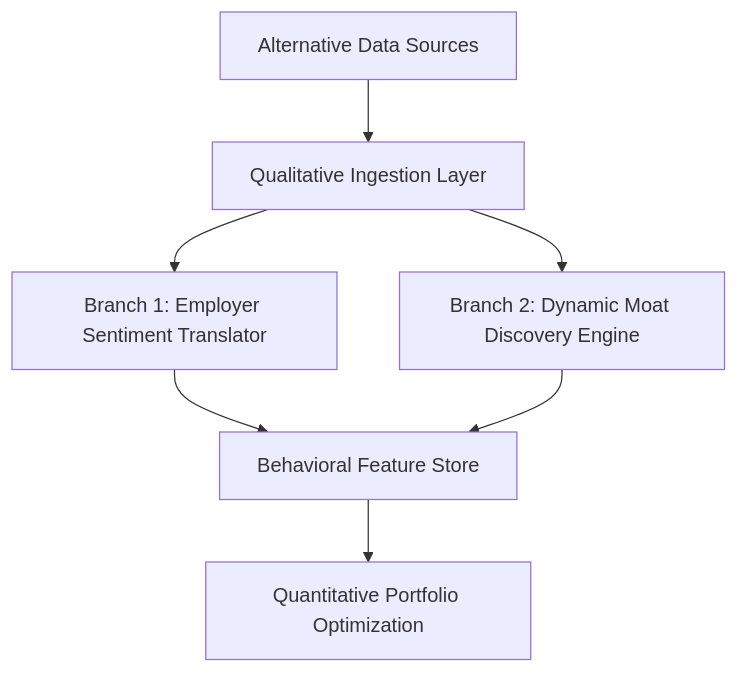
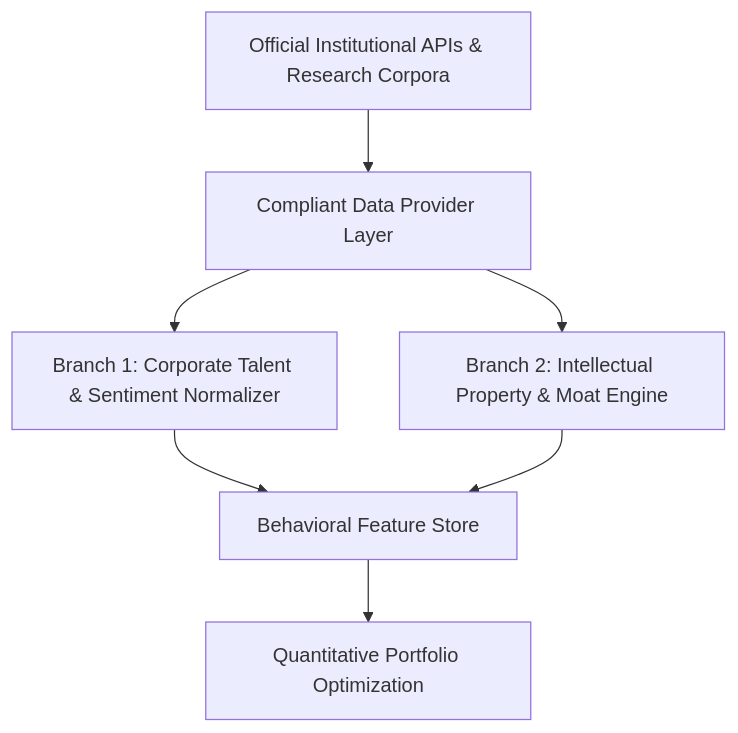
Before and after one commit to Valrivn/Quant: the diagram in Qualitative/Qualitative Blueprint.md, drawn with Mermaid. The commit also changed other lines of this file and 422 other files, not shown here.

````diff
--- a/Qualitative/Qualitative Blueprint.md
+++ b/Qualitative/Qualitative Blueprint.md
@@ -15,9 +23,9 @@
 ```mermaid
 graph TD
-    A[Alternative Data Sources] --> B[Qualitative Ingestion Layer]
-    B --> C[Branch 1: Employer Sentiment Translator]
-    B --> D[Branch 2: Dynamic Moat Discovery Engine]
+    A[Official Institutional APIs & Research Corpora] --> B[Compliant Data Provider Layer]
+    B --> C[Branch 1: Corporate Talent & Sentiment Normalizer]
+    B --> D[Branch 2: Intellectual Property & Moat Engine]
     C --> E[Behavioral Feature Store]
     D --> E
     E --> F[Quantitative Portfolio Optimization]
 ```
````
